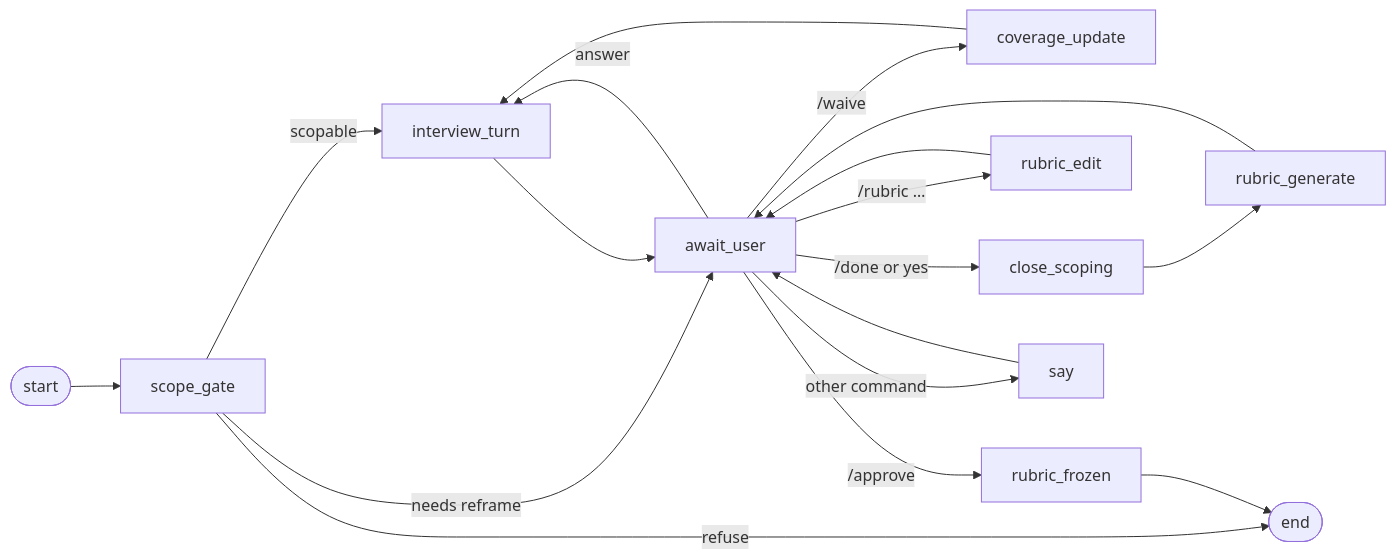
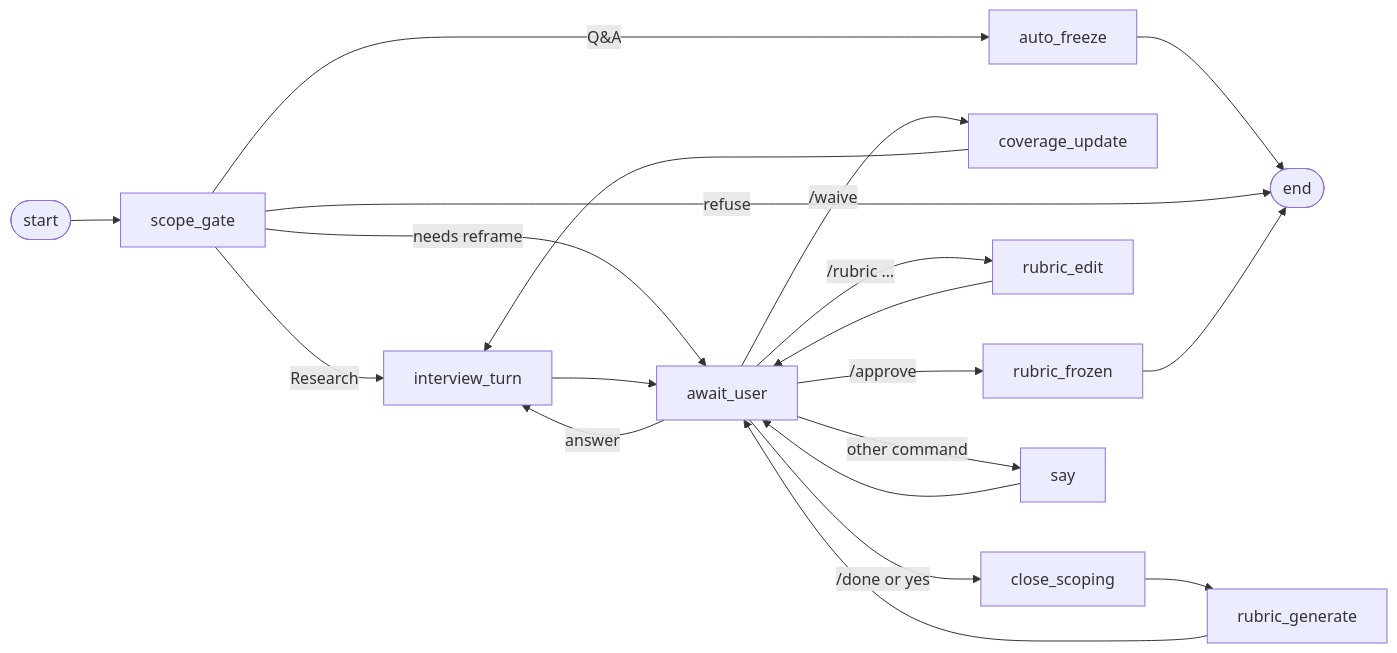
Before and after one commit to RoboSathi/agentic-ai-series: the second of 5 diagrams in src/research_agent/design_docs/architecture.md, drawn with Mermaid. The commit also changed other lines of this file and 68 other files, not shown here.

````diff
--- a/src/research_agent/design_docs/architecture.md
+++ b/src/research_agent/design_docs/architecture.md
@@ -40,15 +40,16 @@
 ```mermaid
 flowchart LR
     START([start]) --> scope_gate
-    scope_gate -->|scopable| interview_turn
+    scope_gate -->|Q&A| auto_freeze --> END
+    scope_gate -->|Research| interview_turn
     scope_gate -->|needs reframe| await_user
     scope_gate -->|refuse| END([end])
     interview_turn --> await_user
     await_user -->|answer| interview_turn
     await_user -->|/waive| coverage_update --> interview_turn
     await_user -->|/done or yes| close_scoping
     close_scoping --> rubric_generate --> await_user
     await_user -->|/rubric …| rubric_edit --> await_user
     await_user -->|/approve| rubric_frozen --> END
     await_user -->|other command| say --> await_user
 ```
````
